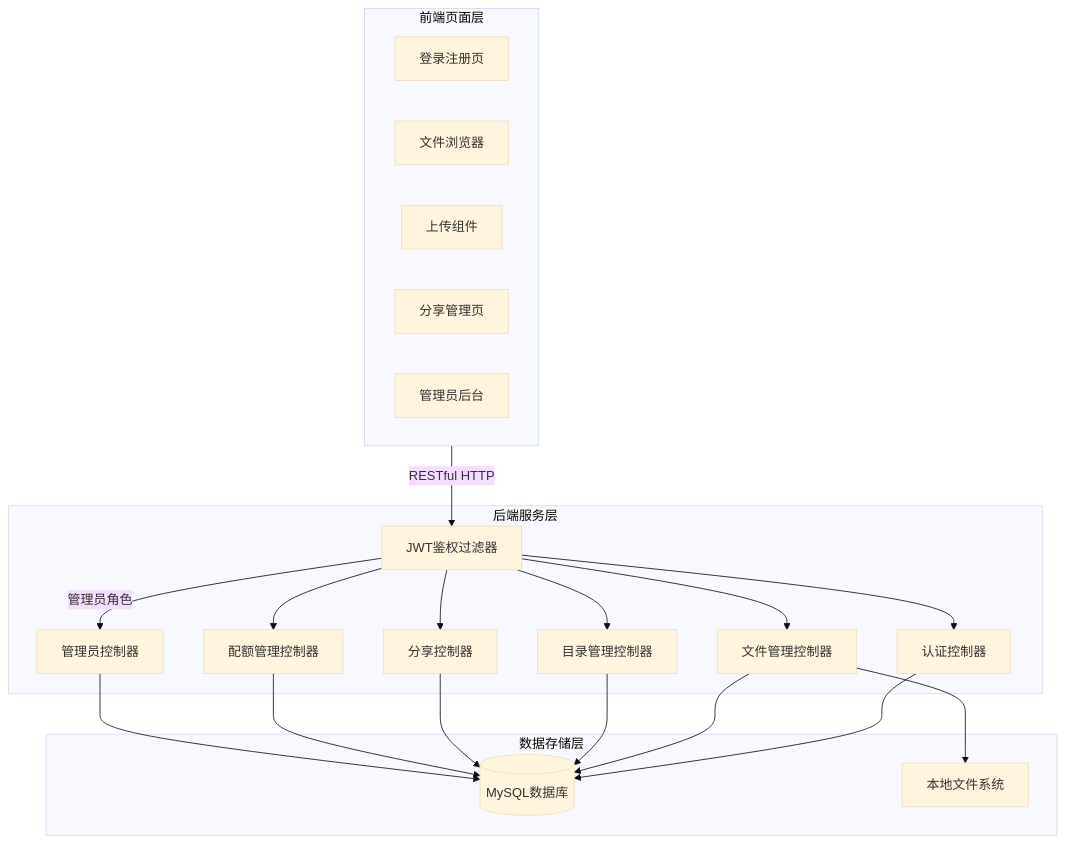
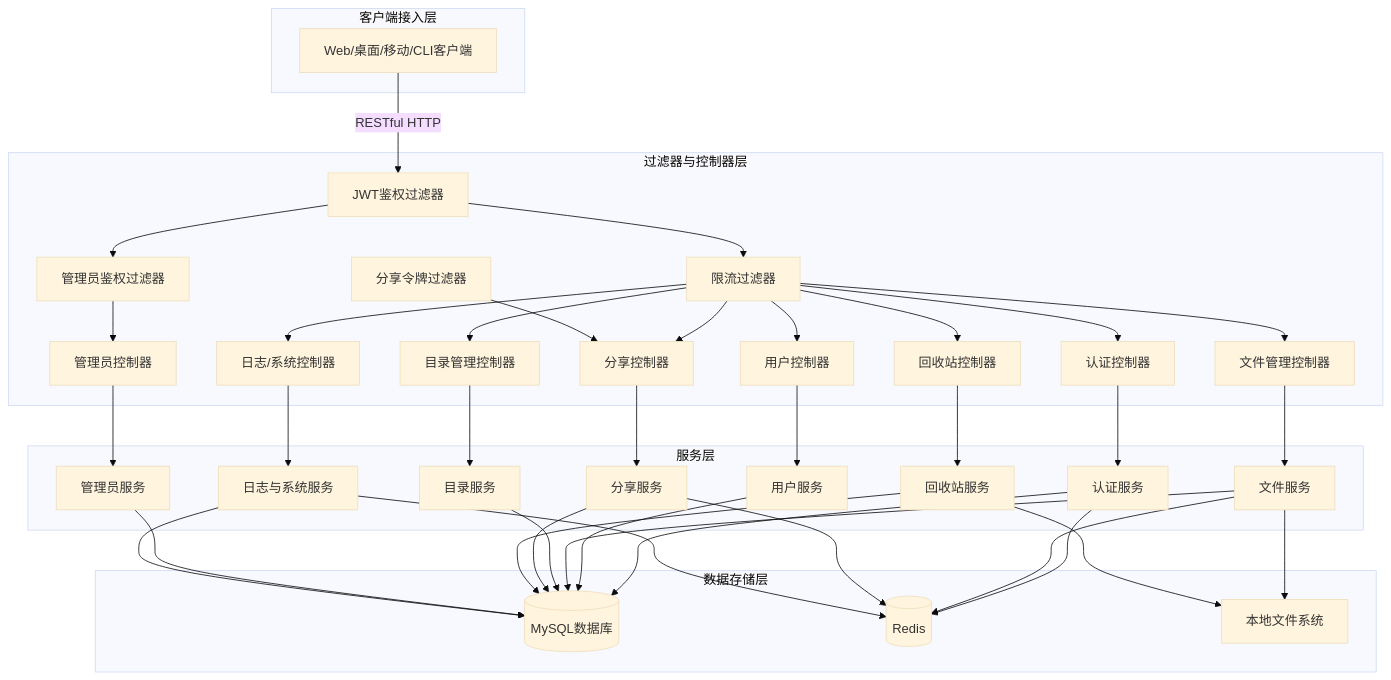
One commit to yizhinailong/disk changed the fourth of 11 diagrams in docs/lunwen/基于Drogon的网络磁盘系统的设计与实现_毕业论文.md. Above: the diagram before and after it, drawn with Mermaid (base theme). The commit also changed other lines of this file, not shown here.

````diff
--- a/docs/lunwen/基于Drogon的网络磁盘系统的设计与实现_毕业论文.md
+++ b/docs/lunwen/基于Drogon的网络磁盘系统的设计与实现_毕业论文.md
@@ -283,40 +312,73 @@
 ```mermaid
 graph TD
-    subgraph 前端页面层
-        FLogin[登录注册页]
-        FExplorer[文件浏览器]
-        FUpload[上传组件]
-        FShare[分享管理页]
-        FAdmin[管理员后台]
+    subgraph 客户端接入层
+        Client[Web/桌面/移动/CLI客户端]
     end
 
-    subgraph 后端服务层
+    subgraph 过滤器与控制器层
         JWTFilter[JWT鉴权过滤器]
+        AdminFilter[管理员鉴权过滤器]
+        ShareFilter[分享令牌过滤器]
+        RateFilter[限流过滤器]
         AuthCtrl[认证控制器]
+        UserCtrl[用户控制器]
         FileCtrl[文件管理控制器]
         DirCtrl[目录管理控制器]
         ShareCtrl[分享控制器]
-        QuotaCtrl[配额管理控制器]
+        TrashCtrl[回收站控制器]
         AdminCtrl[管理员控制器]
+        LogCtrl[日志/系统控制器]
+    end
+
+    subgraph 服务层
+        AuthSvc[认证服务]
+        UserSvc[用户服务]
+        FileSvc[文件服务]
+        FolderSvc[目录服务]
+        ShareSvc[分享服务]
+        TrashSvc[回收站服务]
+        AdminSvc[管理员服务]
+        LogSvc[日志与系统服务]
     end
 
     subgraph 数据存储层
         MySQL[(MySQL数据库)]
+        Redis[(Redis)]
         LocalFS[本地文件系统]
     end
 
-    前端页面层 -->|RESTful HTTP| JWTFilter
-    JWTFilter --> AuthCtrl
-    JWTFilter --> FileCtrl
-    JWTFilter --> DirCtrl
-    JWTFilter --> ShareCtrl
-    JWTFilter --> QuotaCtrl
-    JWTFilter -->|管理员角色| AdminCtrl
-    AuthCtrl --> MySQL
-    FileCtrl --> MySQL
-    FileCtrl --> LocalFS
-    DirCtrl --> MySQL
-    ShareCtrl --> MySQL
-    QuotaCtrl --> MySQL
-    AdminCtrl --> MySQL
+    Client -->|RESTful HTTP| JWTFilter
+    JWTFilter --> RateFilter
+    RateFilter --> AuthCtrl
+    RateFilter --> UserCtrl
+    RateFilter --> FileCtrl
+    RateFilter --> DirCtrl
+    RateFilter --> ShareCtrl
+    RateFilter --> TrashCtrl
+    RateFilter --> LogCtrl
+    JWTFilter --> AdminFilter
+    AdminFilter --> AdminCtrl
+    ShareFilter --> ShareCtrl
+    AuthCtrl --> AuthSvc
+    UserCtrl --> UserSvc
+    FileCtrl --> FileSvc
+    DirCtrl --> FolderSvc
+    ShareCtrl --> ShareSvc
+    TrashCtrl --> TrashSvc
+    AdminCtrl --> AdminSvc
+    LogCtrl --> LogSvc
+    AuthSvc --> MySQL
+    AuthSvc --> Redis
+    UserSvc --> MySQL
+    FileSvc --> MySQL
+    FileSvc --> Redis
+    FileSvc --> LocalFS
+    FolderSvc --> MySQL
+    ShareSvc --> MySQL
+    ShareSvc --> Redis
+    TrashSvc --> MySQL
+    TrashSvc --> LocalFS
+    AdminSvc --> MySQL
+    LogSvc --> MySQL
+    LogSvc --> Redis
 ```
````
